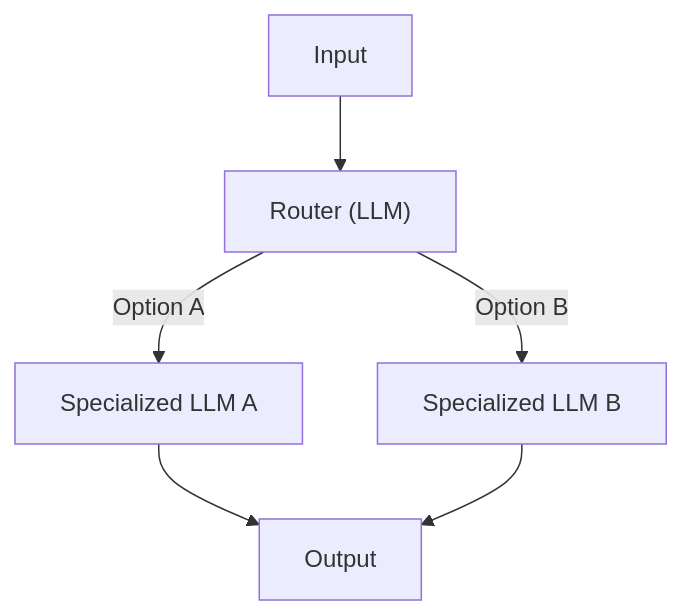
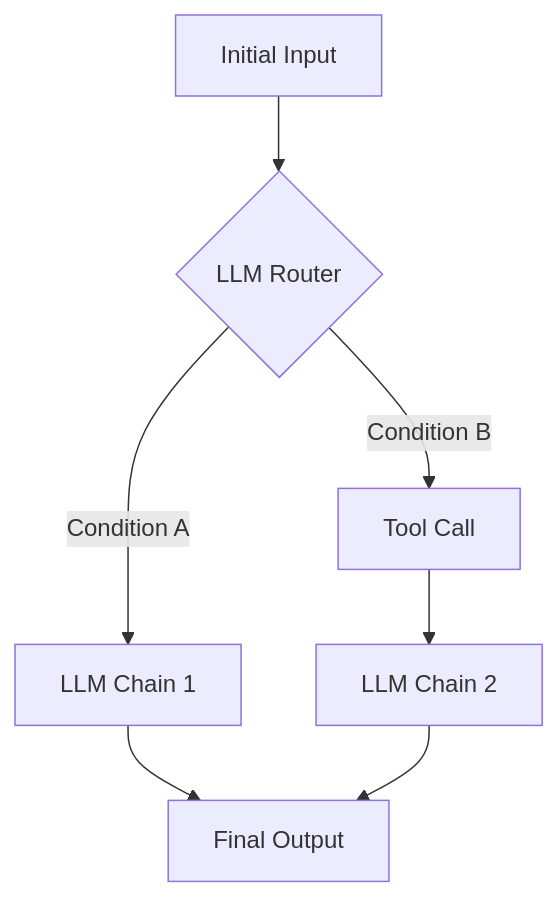
Before and after one commit to iusztinpaul/agentic-ai-engineering-course-data: the third of 9 diagrams in data/inputs/tests/02_sample_medium/article.md, drawn with Mermaid. The commit also changed other lines of this file and 3 other files, not shown here.

````diff
--- a/data/inputs/tests/02_sample_medium/article.md
+++ b/data/inputs/tests/02_sample_medium/article.md
@@ -90,8 +96,9 @@
 ```mermaid
 graph TD
-    A["Input"] --> B["Router (LLM)"]
-    B -->|"Option A"| C["Specialized LLM A"]
-    B -->|"Option B"| D["Specialized LLM B"]
-    C --> E["Output"]
-    D --> E
+    A["Initial Input"] --> B{"LLM Router"}
+    B -->|Condition A| C["LLM Chain 1"]
+    B -->|Condition B| D["Tool Call"]
+    C --> E["Final Output"]
+    D --> F["LLM Chain 2"]
+    F --> E
 ```
````
